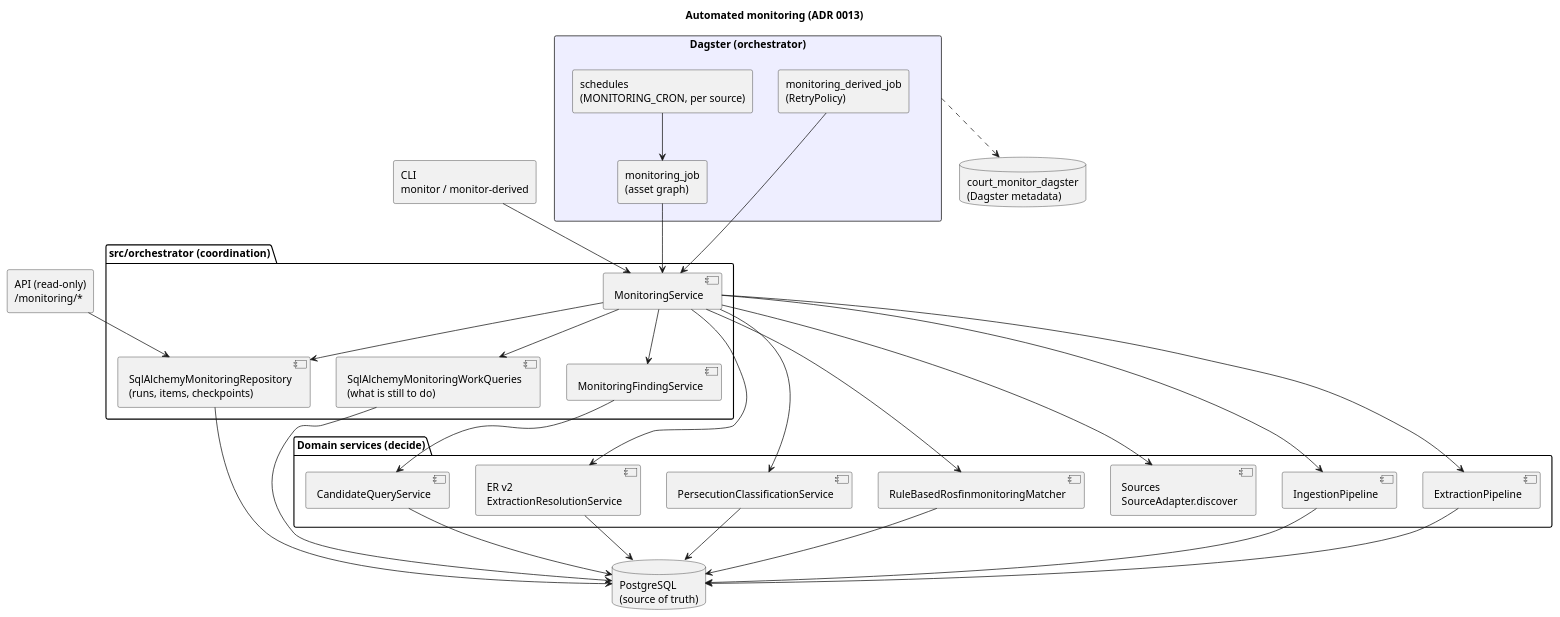
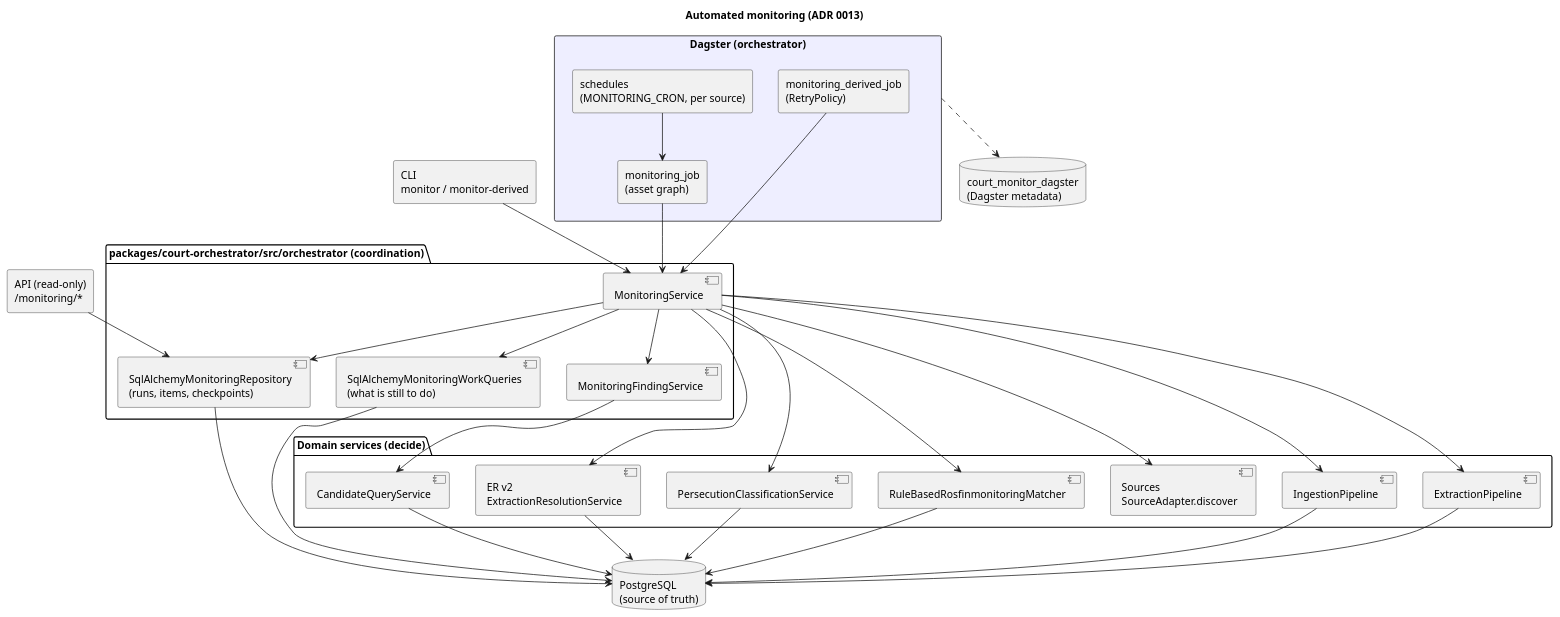
One commit to megannnn98/court-monitor changed the first of 3 diagrams in docs/wiki/Monitoring.md. Above: the diagram before and after it, drawn with PlantUML. The commit also changed other lines of this file and 37 other files, not shown here.

````diff
--- a/docs/wiki/Monitoring.md
+++ b/docs/wiki/Monitoring.md
@@ -64,60 +64,60 @@
 ```plantuml
 @startuml
 title Automated monitoring (ADR 0013)
 
 rectangle "Dagster (orchestrator)" as Dagster #EEF {
   rectangle "schedules\n(MONITORING_CRON, per source)" as Sched
   rectangle "monitoring_job\n(asset graph)" as Job
   rectangle "monitoring_derived_job\n(RetryPolicy)" as Derived
 }
 rectangle "CLI\nmonitor / monitor-derived" as CLI
 rectangle "API (read-only)\n/monitoring/*" as API
 
-package "src/orchestrator (coordination)" {
+package "packages/court-orchestrator/src/orchestrator (coordination)" {
   component "MonitoringService" as Svc
   component "SqlAlchemyMonitoringWorkQueries\n(what is still to do)" as Work
   component "SqlAlchemyMonitoringRepository\n(runs, items, checkpoints)" as Repo
   component "MonitoringFindingService" as Findings
 }
 
 package "Domain services (decide)" {
   component "Sources\nSourceAdapter.discover" as Discovery
   component "IngestionPipeline" as Ingestion
   component "ExtractionPipeline" as Extraction
   component "ER v2\nExtractionResolutionService" as ER
   component "PersecutionClassificationService" as Persecution
   component "RuleBasedRosfinmonitoringMatcher" as Rosfin
   component "CandidateQueryService" as Candidates
 }
 
 database "PostgreSQL\n(source of truth)" as PG
 database "court_monitor_dagster\n(Dagster metadata)" as DagsterDB
 
 Sched --> Job
 Job --> Svc
 Derived --> Svc
 CLI --> Svc
 API --> Repo
 Dagster ..> DagsterDB
 
 Svc --> Work
 Svc --> Repo
 Svc --> Discovery
 Svc --> Ingestion
 Svc --> Extraction
 Svc --> ER
 Svc --> Persecution
 Svc --> Rosfin
 Svc --> Findings
 Findings --> Candidates
 
 Work --> PG
 Repo --> PG
 Ingestion --> PG
 Extraction --> PG
 ER --> PG
 Persecution --> PG
 Rosfin --> PG
 Candidates --> PG
 @enduml
 ```
````
